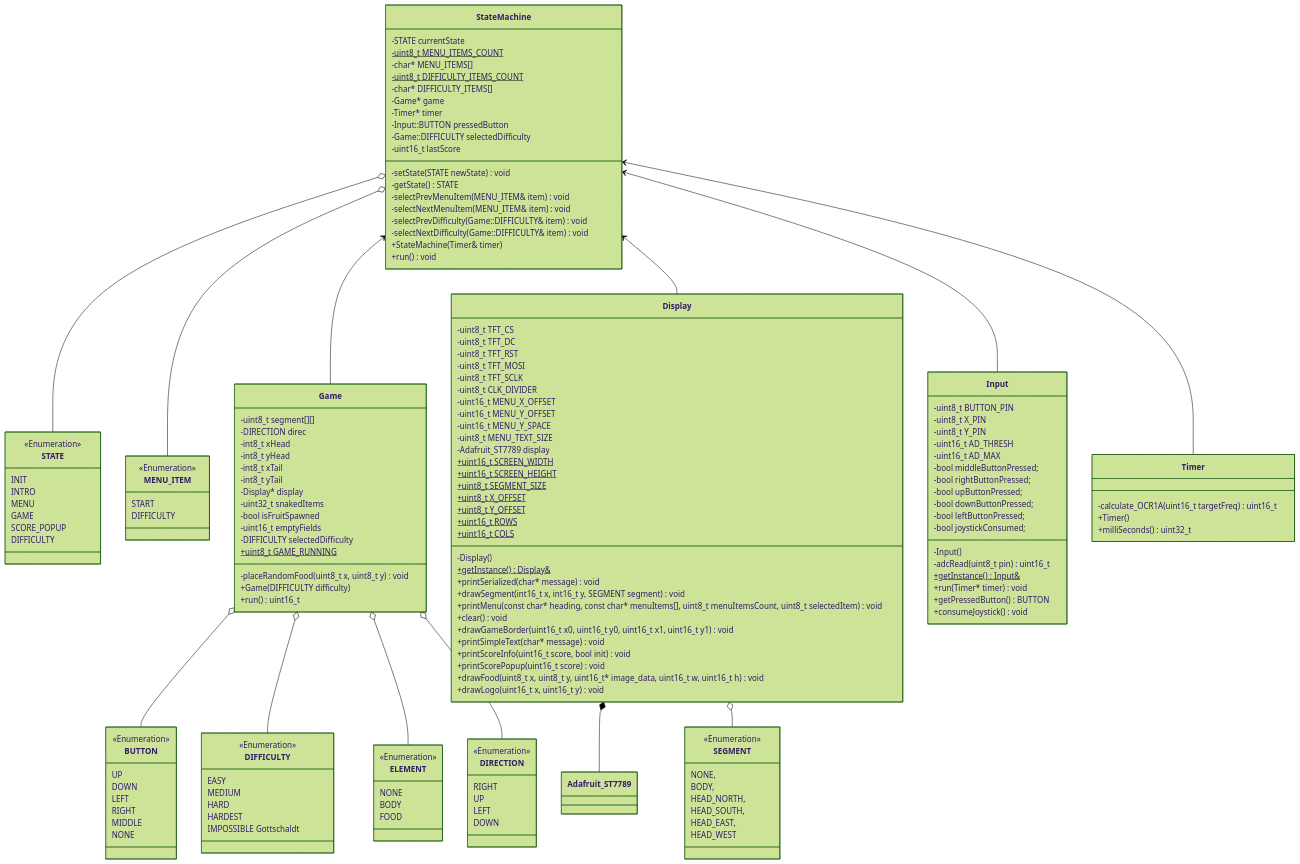
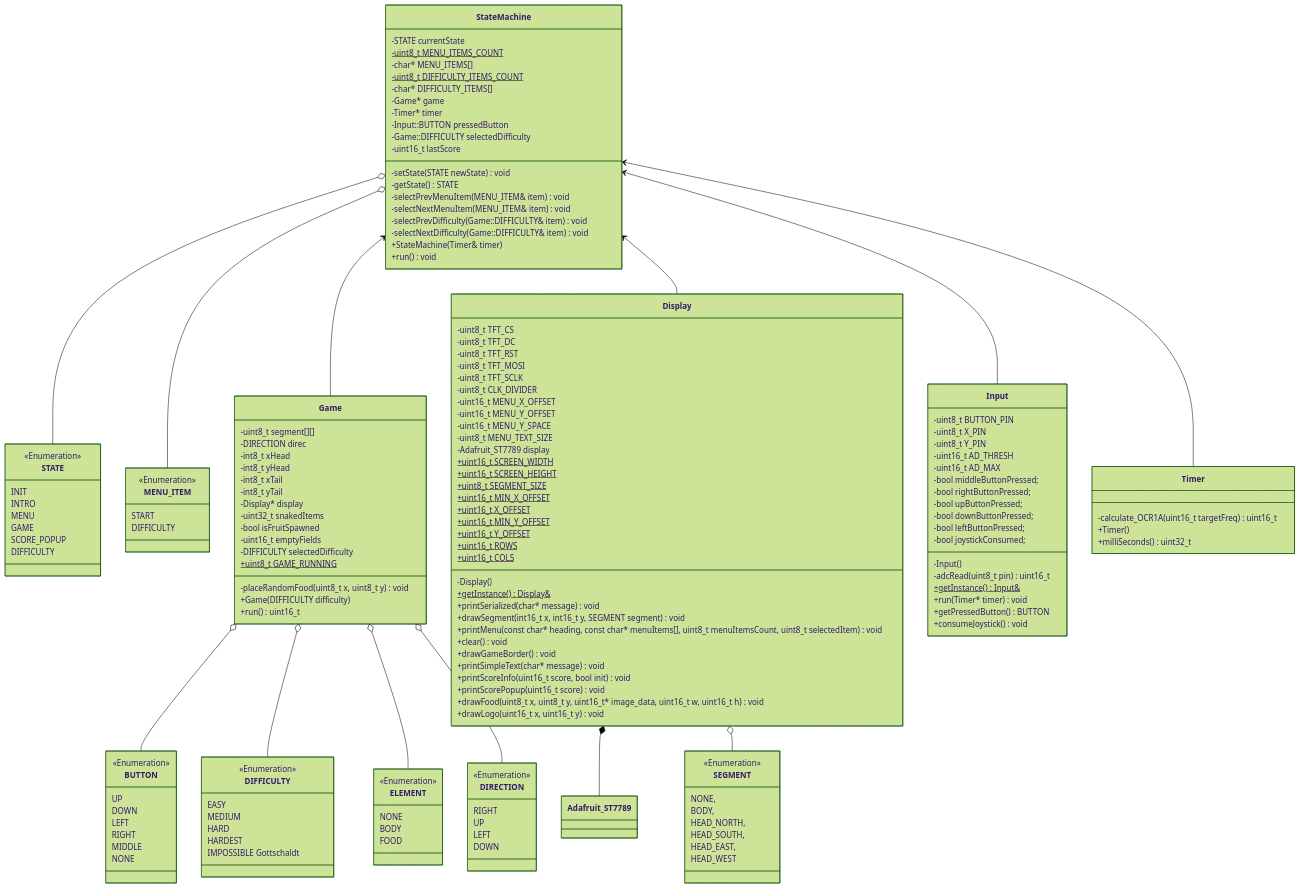
Before and after one commit to bytehaufen/arduino-snake: the diagram in doc/diagrams/assets/classdiagram.md, drawn with Mermaid (forest theme). The commit also changed 4 other files, not shown here.

Commit message:
fix: Remove space between last segment and border in game area.

```diff
--- a/doc/diagrams/assets/classdiagram.md
+++ b/doc/diagrams/assets/classdiagram.md
@@ -146,8 +146,10 @@
     +uint16_t SCREEN_WIDTH$
     +uint16_t SCREEN_HEIGHT$
     +uint8_t SEGMENT_SIZE$
-    +uint8_t X_OFFSET$
-    +uint8_t Y_OFFSET$
+    +uint16_t MIN_X_OFFSET$
+    +uint16_t X_OFFSET$
+    +uint16_t MIN_Y_OFFSET$
+    +uint16_t Y_OFFSET$
     +uint16_t ROWS$
     +uint16_t COLS$
     +getInstance()$ Display&
@@ -155,7 +157,7 @@
     +drawSegment(int16_t x, int16_t y, SEGMENT segment) void
     +printMenu(const char* heading, const char* menuItems[], uint8_t menuItemsCount, uint8_t selectedItem) void
     +clear() void
-    +drawGameBorder(uint16_t x0, uint16_t y0, uint16_t x1, uint16_t y1) void
+    +drawGameBorder() void
     +printSimpleText(char* message) void
     +printScoreInfo(uint16_t score, bool init) void
     +printScorePopup(uint16_t score) void
```
